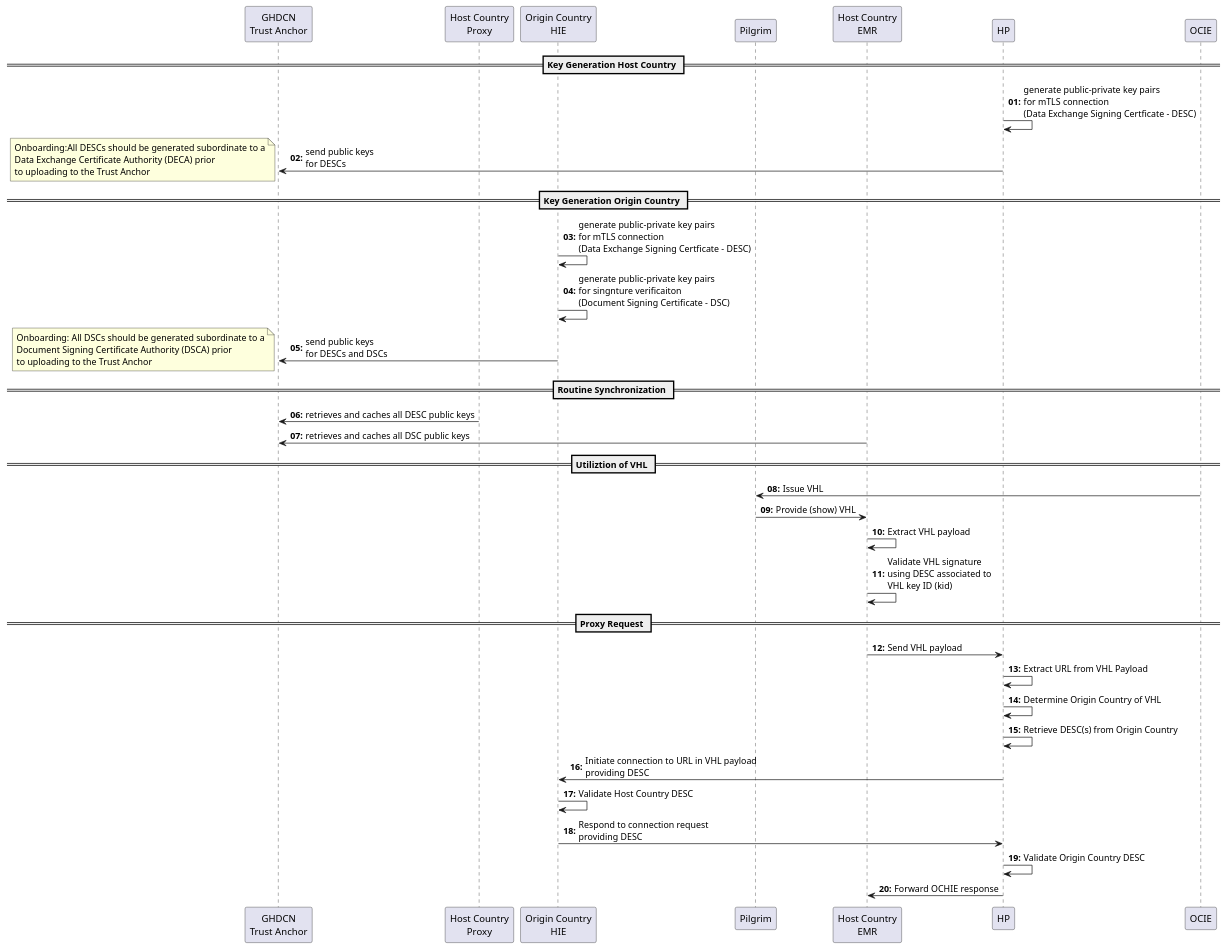
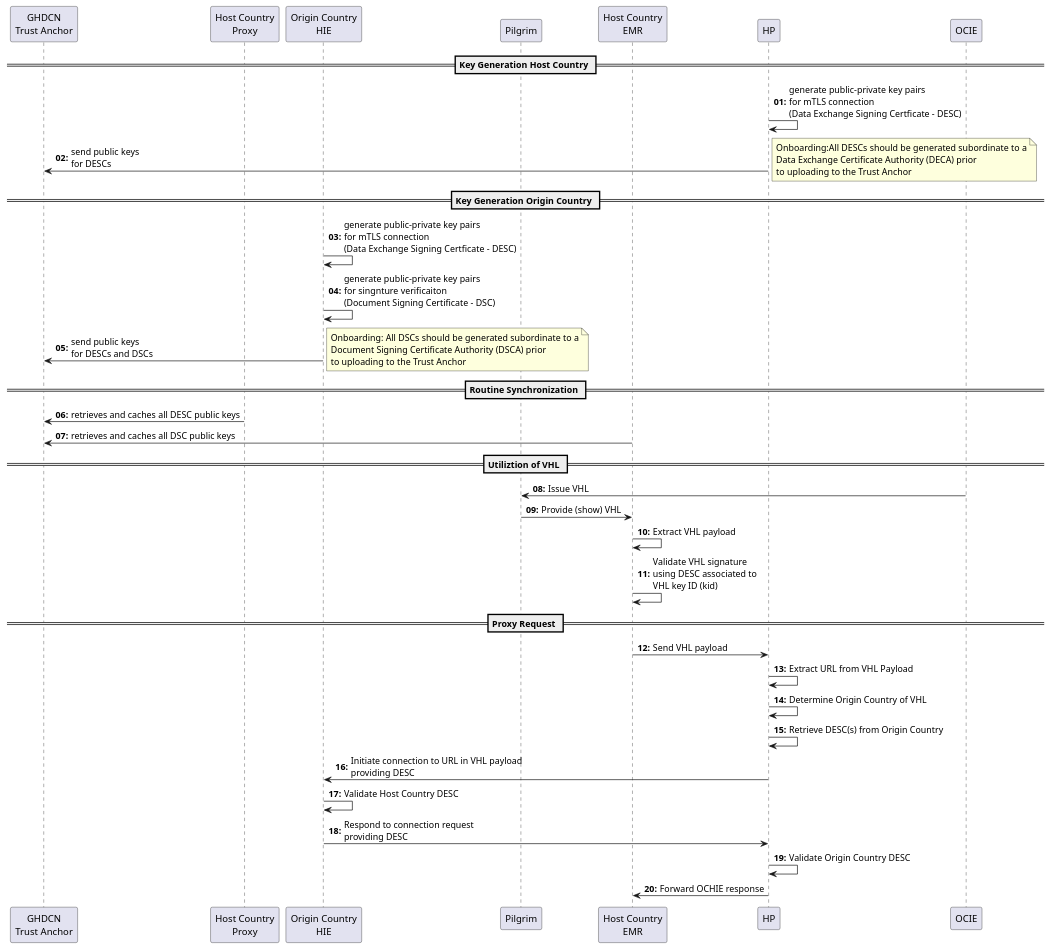
One commit to mtavhel-tsch/smart-ips-pilgrimage changed the diagram in input/images-source/initiate_secure_connection.plantuml. Above: the diagram before and after it, drawn with PlantUML.

Commit message:
move note right on mtls diagram

```diff
--- a/input/images-source/initiate_secure_connection.plantuml
+++ b/input/images-source/initiate_secure_connection.plantuml
@@ -1,72 +1,72 @@
 @startuml
 
 
 
 
 participant "Origin Country\nHIE" as OCHIE
 participant "GHDCN\nTrust Anchor" as TA
 participant "Host Country\nProxy" as HCP
 participant "Origin Country\nHIE" as OCHIE
 participant "Pilgrim" as P
 
 participant "Host Country\nEMR" as HCEMR
 
 
 
 autonumber "<b>00:</b>"
 
 
 
 == Key Generation Host Country ==
 HP -> HP : generate public-private key pairs\nfor mTLS connection\n(Data Exchange Signing Certficate - DESC)
 HP  -> TA: send public keys\nfor DESCs
 
 
-note left
+note right
 	Onboarding:All DESCs should be generated subordinate to a
 	Data Exchange Certificate Authority (DECA) prior
 	to uploading to the Trust Anchor
 end note
 
 
 == Key Generation Origin Country ==
 OCHIE -> OCHIE : generate public-private key pairs\nfor mTLS connection\n(Data Exchange Signing Certficate - DESC)
 OCHIE -> OCHIE : generate public-private key pairs\nfor singnture verificaiton\n(Document Signing Certificate - DSC)
 OCHIE -> TA: send public keys\nfor DESCs and DSCs
 
 
-note left
+note right
 	Onboarding: All DSCs should be generated subordinate to a
 	Document Signing Certificate Authority (DSCA) prior
 	to uploading to the Trust Anchor
 end note
 
 
 == Routine Synchronization ==
   HCP -> TA : retrieves and caches all DESC public keys
   HCEMR -> TA : retrieves and caches all DSC public keys
 
 
 
 == Utiliztion of VHL ==
 
 OCIE -> P : Issue VHL
 P -> HCEMR : Provide (show) VHL
 HCEMR -> HCEMR : Extract VHL payload
 HCEMR -> HCEMR : Validate VHL signature\nusing DESC associated to\nVHL key ID (kid)
 
 
 == Proxy Request ==
 
 HCEMR -> HP : Send VHL payload
 HP -> HP : Extract URL from VHL Payload
 HP -> HP : Determine Origin Country of VHL
 HP -> HP : Retrieve DESC(s) from Origin Country
 HP -> OCHIE : Initiate connection to URL in VHL payload\nproviding DESC
 OCHIE -> OCHIE : Validate Host Country DESC
 OCHIE -> HP : Respond to connection request\nproviding DESC
 HP -> HP : Validate Origin Country DESC
 HP -> HCEMR : Forward OCHIE response
 
 
 @enduml
```
